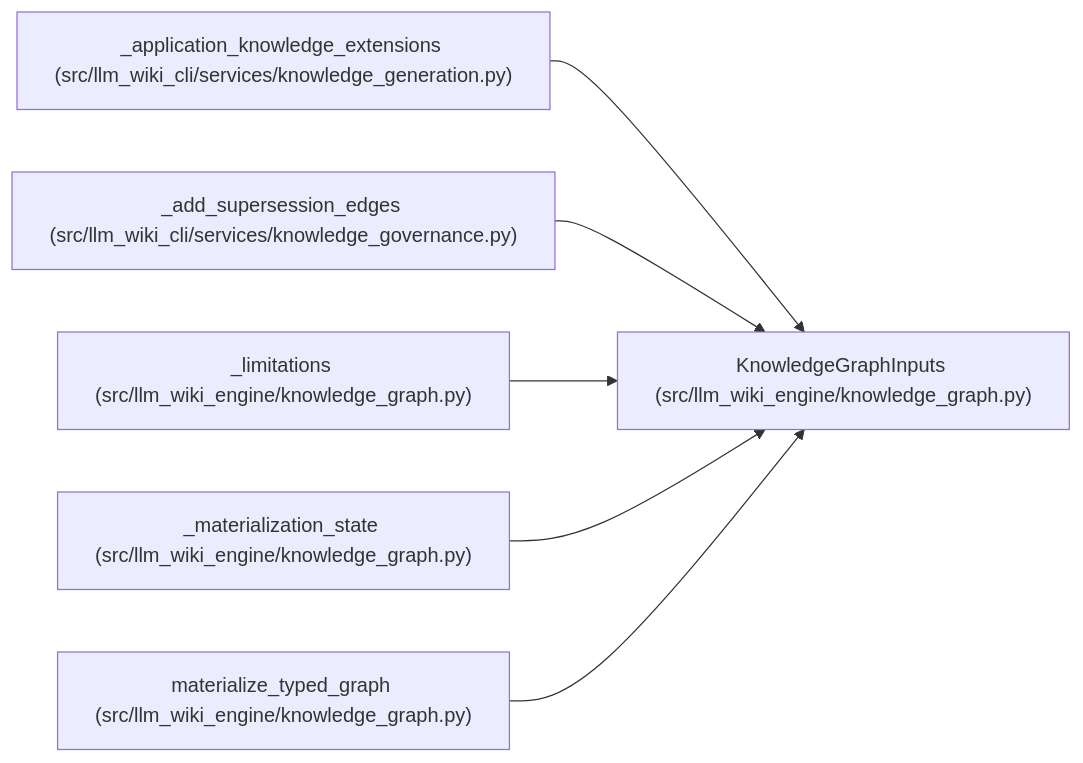
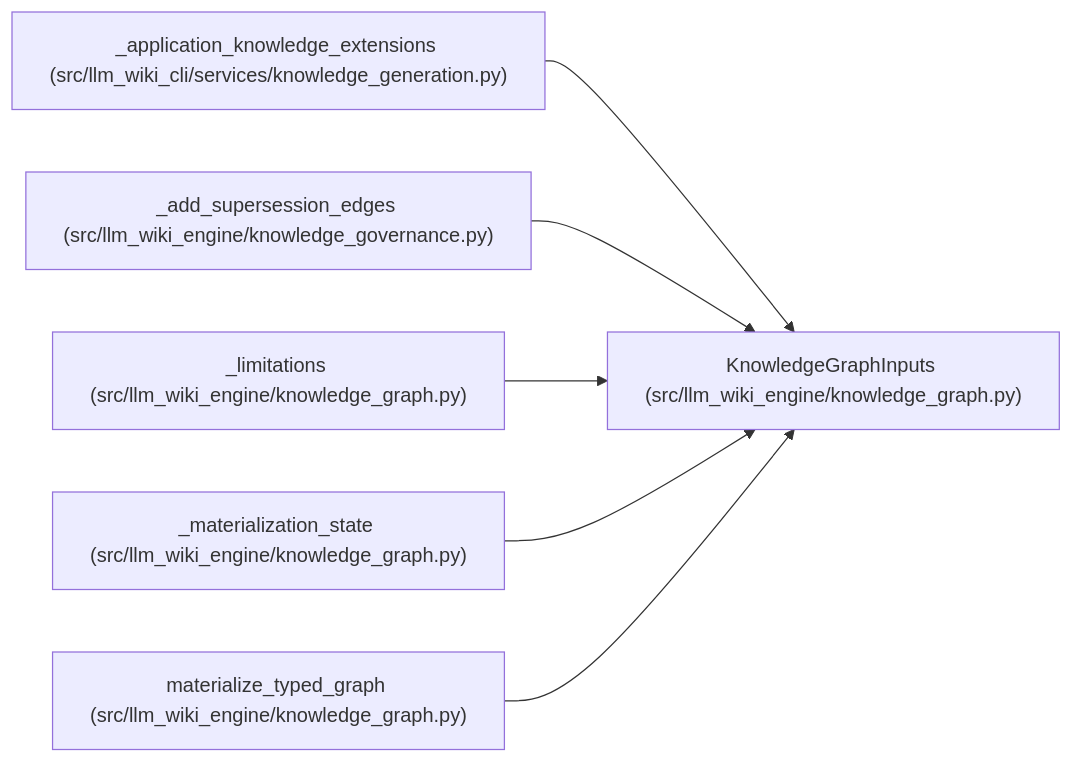
One commit to Denissvgn/python-wiki-llm changed the diagram in docs/llm_wiki/entities/KnowledgeGraphInputs.md. Above: the diagram before and after it, drawn with Mermaid. The commit also changed 1058 other files, not shown here.

First line of the commit message:
docs: refresh the wiki for the knowledge store move

````diff
--- a/docs/llm_wiki/entities/KnowledgeGraphInputs.md
+++ b/docs/llm_wiki/entities/KnowledgeGraphInputs.md
@@ -36,20 +36,20 @@
 ```mermaid
 flowchart LR
     n0["KnowledgeGraphInputs (src/llm_wiki_engine/knowledge_graph.py)"]
     n1["_application_knowledge_extensions (src/llm_wiki_cli/services/knowledge_generation.py)"]
-    n2["_add_supersession_edges (src/llm_wiki_cli/services/knowledge_governance.py)"]
+    n2["_add_supersession_edges (src/llm_wiki_engine/knowledge_governance.py)"]
     n3["_limitations (src/llm_wiki_engine/knowledge_graph.py)"]
     n4["_materialization_state (src/llm_wiki_engine/knowledge_graph.py)"]
     n5["materialize_typed_graph (src/llm_wiki_engine/knowledge_graph.py)"]
     n1 --> n0
     n2 --> n0
     n3 --> n0
     n4 --> n0
     n5 --> n0
     click n0 "../modules/knowledge_graph.md"
     click n1 "../modules/knowledge_generation.md"
     click n2 "../modules/knowledge_governance.md"
     click n3 "../modules/knowledge_graph.md"
     click n4 "../modules/knowledge_graph.md"
     click n5 "../modules/knowledge_graph.md"
 ```
````
